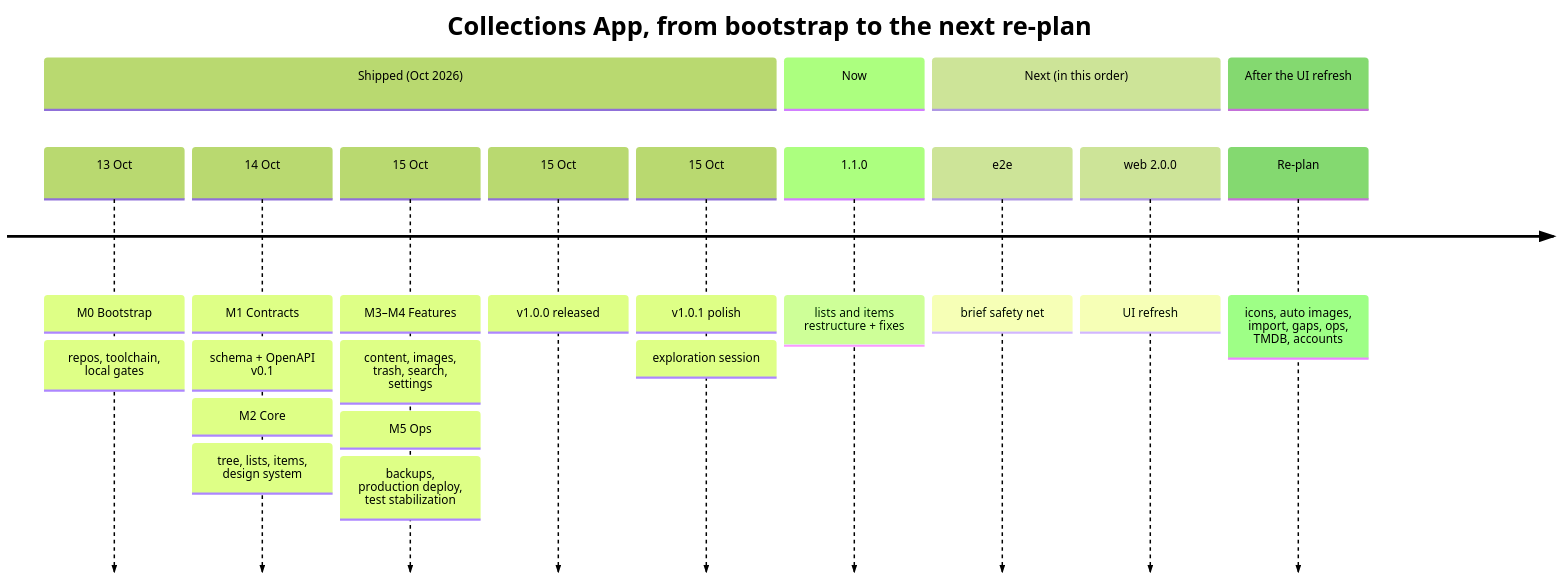
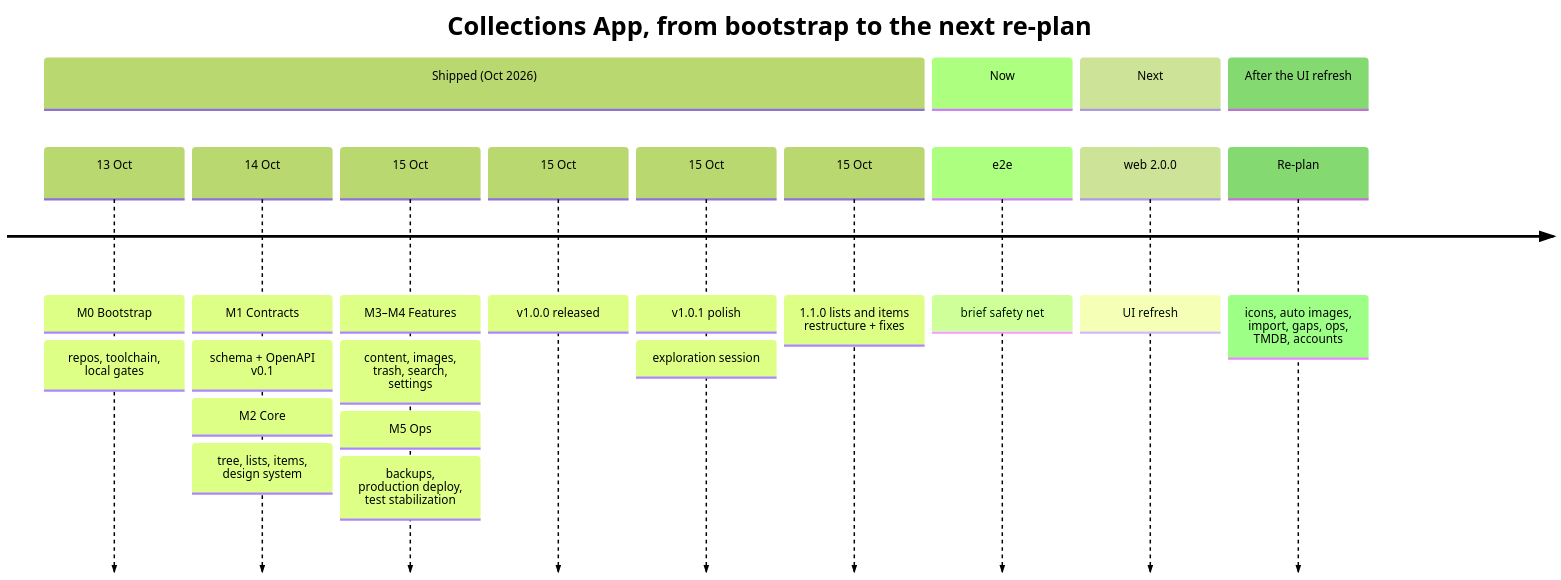
Before and after one commit to 0xfederama/collections-app: the first of 2 diagrams in ROADMAP.md, drawn with Mermaid (forest theme). The commit also changed other lines of this file and 6 other files, not shown here.

````diff
--- a/ROADMAP.md
+++ b/ROADMAP.md
@@ -42,20 +42,20 @@
 ```mermaid
 timeline
     title Collections App, from bootstrap to the next re-plan
     section Shipped (Oct 2026)
         13 Oct : M0 Bootstrap : repos, toolchain, local gates
         14 Oct : M1 Contracts : schema + OpenAPI v0.1
                : M2 Core : tree, lists, items, design system
         15 Oct : M3–M4 Features : content, images, trash, search, settings
                : M5 Ops : backups, production deploy, test stabilization
         15 Oct : v1.0.0 released
         15 Oct : v1.0.1 polish
                : exploration session
+        15 Oct : 1.1.0 lists and items restructure + fixes
     section Now
-        1.1.0 : lists and items restructure + fixes
-    section Next (in this order)
         e2e : brief safety net
+    section Next
         web 2.0.0 : UI refresh
     section After the UI refresh
         Re-plan : icons, auto images, import, gaps, ops, TMDB, accounts
 ```
````
